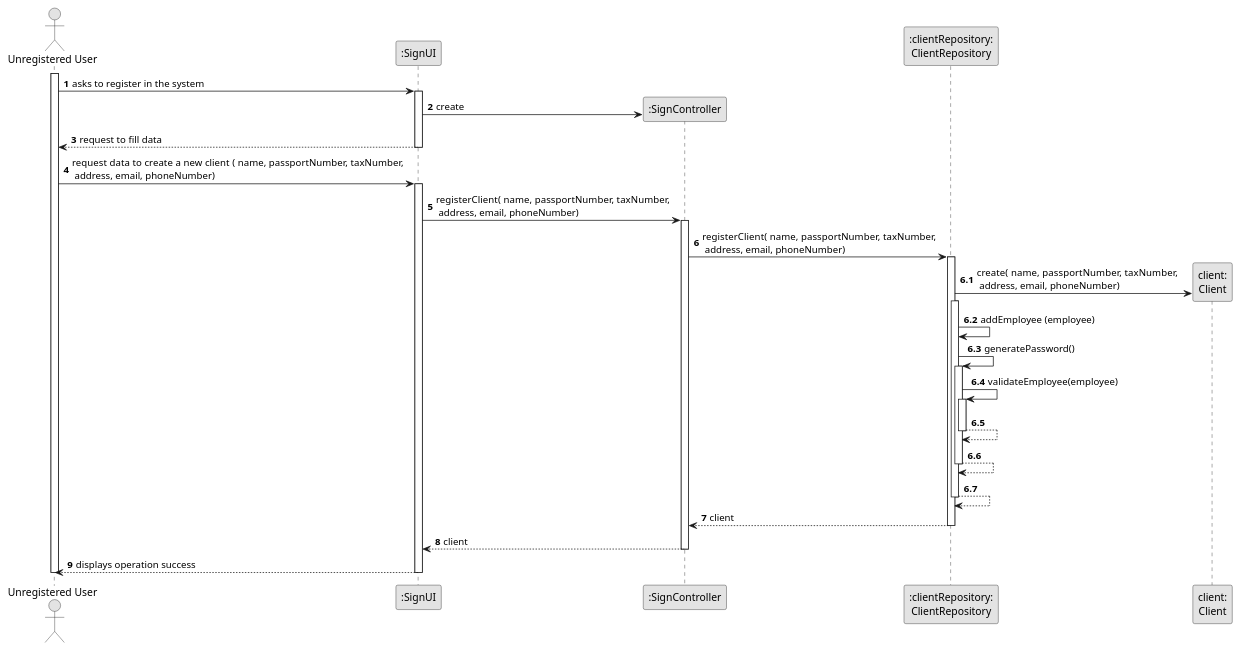
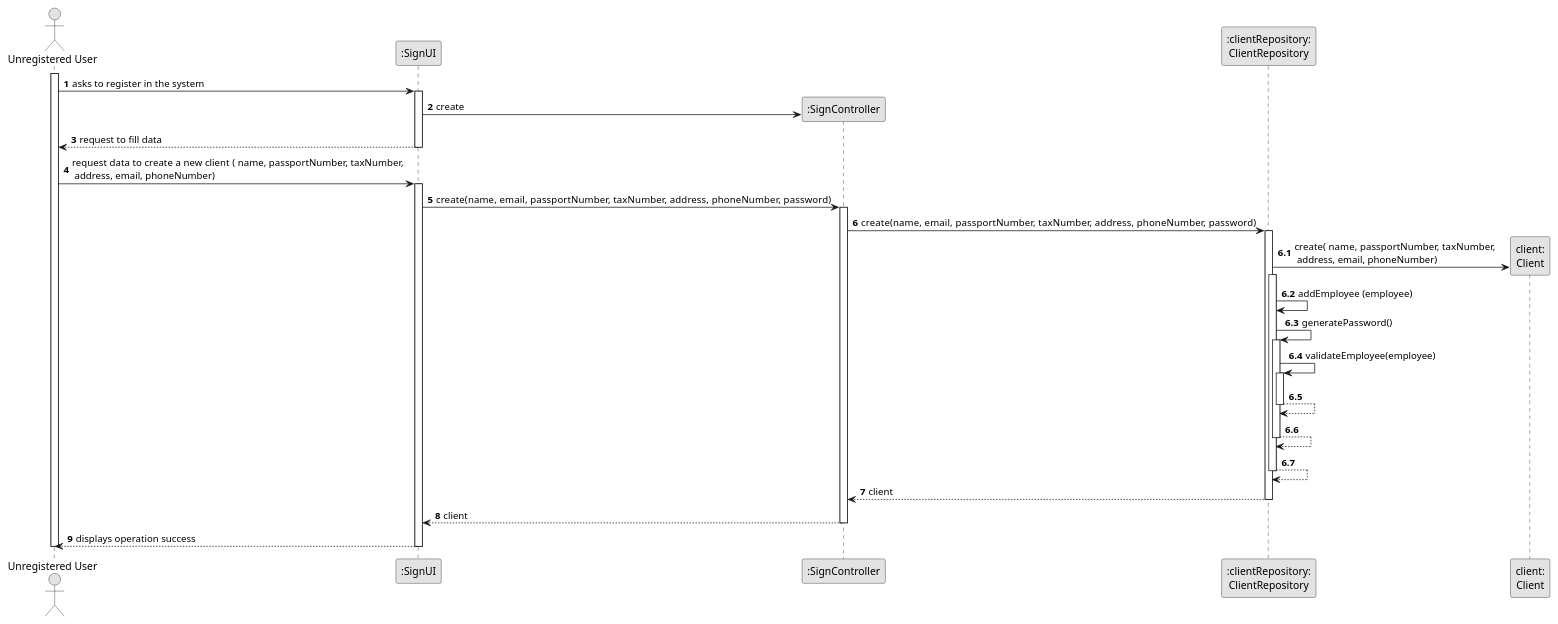
The diagram in docs/sprintD/us007/03.design/puml/us007-sequence-diagram-full.puml (Shushizinho/RealEstateUSASystem), drawn with PlantUML before and after one commit. The commit also changed 19 other files, not shown here.

Commit message:
update US7 UI, Rep and SD ( As an unregistered user, I want to register in the system to buy, sell or rent properties.) create GetPropertyListUITest

```diff
--- a/docs/sprintD/us007/03.design/puml/us007-sequence-diagram-full.puml
+++ b/docs/sprintD/us007/03.design/puml/us007-sequence-diagram-full.puml
@@ -1,70 +1,72 @@
 @startuml
 skinparam monochrome true
 skinparam packageStyle rectangle
 skinparam shadowing false
 
 autonumber
 
 'hide footbox
 actor "Unregistered User" as UU
 participant ":SignUI" as UI
 participant ":SignController" as CTRL
 participant ":clientRepository:\nClientRepository" as CLR
 participant "client:\nClient" as CLIT
 
 activate UU
 
         UU -> UI : asks to register in the system
 
         activate UI
 
             create CTRL
             UI -> CTRL** : create
 
             deactivate CTRL
 
             UI --> UU : request to fill data
         deactivate UI
 
 
     UU -> UI : request data to create a new client ( name, passportNumber, taxNumber, \n address, email, phoneNumber)
     activate UI
 
-       UI -> CTRL : registerClient( name, passportNumber, taxNumber, \n address, email, phoneNumber)
+       UI -> CTRL : create(name,  email,  passportNumber, taxNumber, address, phoneNumber, password)
+
 
             activate CTRL
 
-                CTRL -> CLR: registerClient( name, passportNumber, taxNumber, \n address, email, phoneNumber)
+                CTRL -> CLR: create(name,  email,  passportNumber, taxNumber, address, phoneNumber, password)
+
                         activate CLR
                autonumber 6.1
 
                 CLR -> CLIT**: create( name, passportNumber, taxNumber, \n address, email, phoneNumber)
                 activate CLR
 
                         CLR -> CLR: addEmployee (employee)
 
                         CLR -> CLR: generatePassword()
 
                         activate CLR
                         CLR -> CLR: validateEmployee(employee)
                         activate CLR
                             CLR --> CLR
                         deactivate CLR
                         CLR --> CLR
                     deactivate CLR
                     CLR --> CLR
                 deactivate CLR
                autonumber 7
 
 
                     CLR --> CTRL: client
                 deactivate CLR
 
             CTRL --> UI: client
             deactivate CTRL
             UI --> UU: displays operation success
     deactivate UI
 
 deactivate UU
 
 @enduml
```
